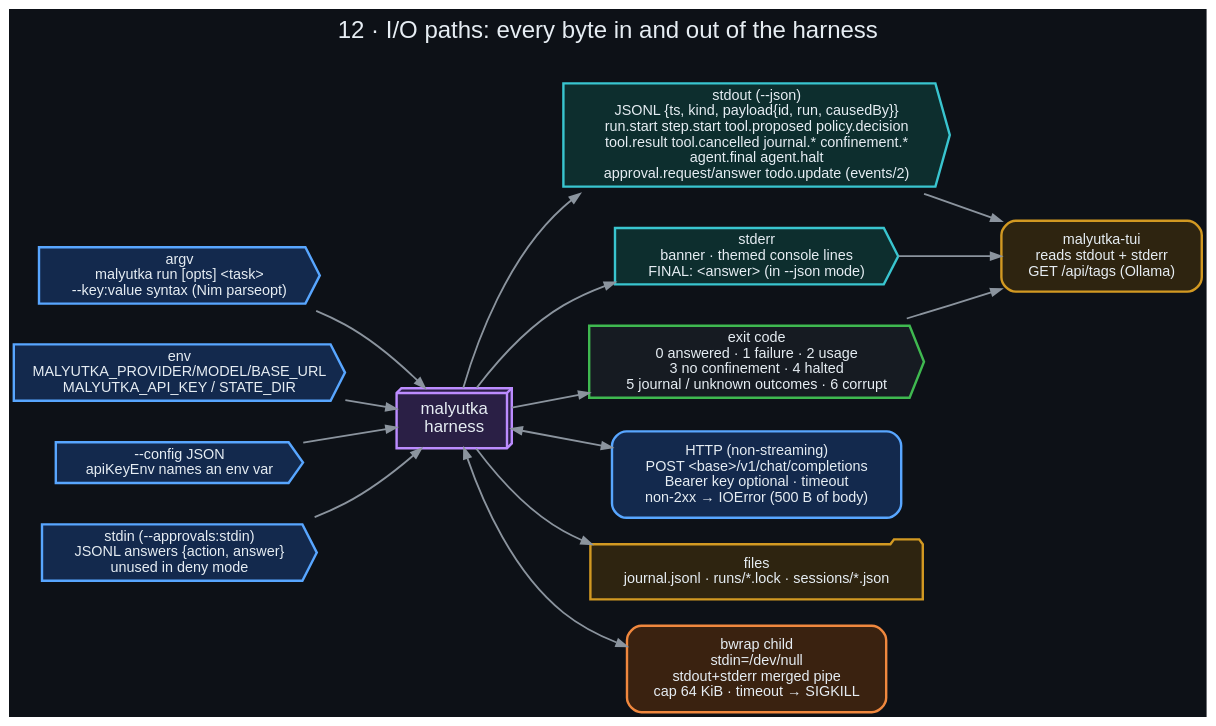
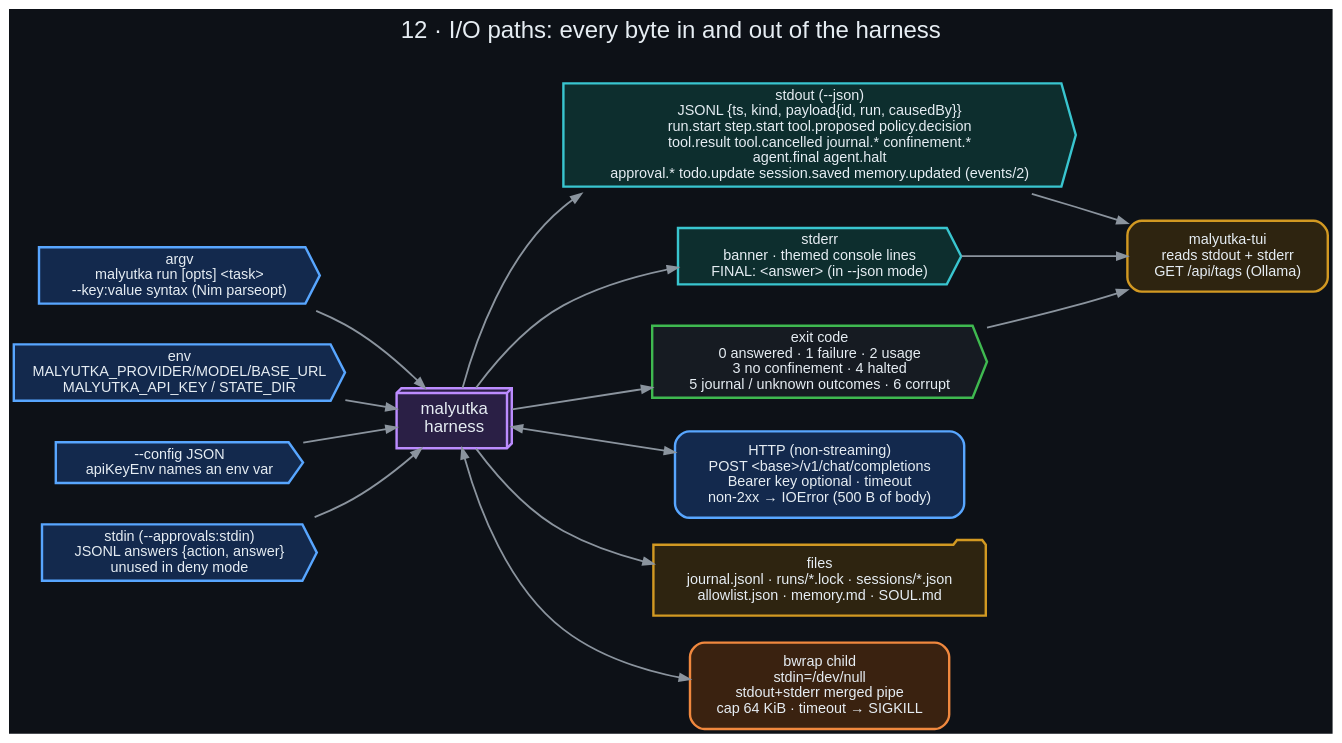
Before and after one commit to danindiana/malyutka: the diagram in docs/diagrams/12_io_paths.dot, drawn with Graphviz. The commit also changed 37 other files, not shown here.

First line of the commit message:
feat: sessions, resume, memory, SOUL.md and personalities (v0.5.0)

```diff
--- a/docs/diagrams/12_io_paths.dot
+++ b/docs/diagrams/12_io_paths.dot
@@ -1,22 +1,22 @@
 digraph io {
     graph [bgcolor="#0d1117", fontname="Helvetica", fontcolor="#e6edf3", labelloc="t", fontsize=20, rankdir=LR,
            label="12 · I/O paths: every byte in and out of the harness\n ", nodesep=0.3, ranksep=0.6];
     node  [fontname="Helvetica", fontcolor="#e6edf3", color="#30363d", style="filled,rounded", shape=box, penwidth=2, margin="0.22,0.14", fillcolor="#161b22", fontsize=12];
     edge  [color="#8b949e", fontname="Helvetica", fontcolor="#adbac7", penwidth=1.5, arrowsize=0.85, fontsize=10];
 
     argv [label="argv\nmalyutka run [opts] <task>\n--key:value syntax (Nim parseopt)", shape=cds, color="#58a6ff", fillcolor="#13294d"];
     env [label="env\nMALYUTKA_PROVIDER/MODEL/BASE_URL\nMALYUTKA_API_KEY / STATE_DIR", shape=cds, color="#58a6ff", fillcolor="#13294d"];
     cfg [label="--config JSON\napiKeyEnv names an env var", shape=cds, color="#58a6ff", fillcolor="#13294d"];
     stdin [label="stdin (--approvals:stdin)\nJSONL answers {action, answer}\nunused in deny mode", shape=cds, color="#58a6ff", fillcolor="#13294d"];
     h [label="malyutka\nharness", shape=box3d, color="#bc8cff", fillcolor="#2a1f45", fontsize=14];
-    stdout [label="stdout (--json)\nJSONL {ts, kind, payload{id, run, causedBy}}\nrun.start step.start tool.proposed policy.decision\ntool.result tool.cancelled journal.* confinement.*\nagent.final agent.halt\napproval.request/answer todo.update (events/2)", shape=cds, color="#39c5cf", fillcolor="#0d2e2e"];
+    stdout [label="stdout (--json)\nJSONL {ts, kind, payload{id, run, causedBy}}\nrun.start step.start tool.proposed policy.decision\ntool.result tool.cancelled journal.* confinement.*\nagent.final agent.halt\napproval.* todo.update session.saved memory.updated (events/2)", shape=cds, color="#39c5cf", fillcolor="#0d2e2e"];
     stderr [label="stderr\nbanner · themed console lines\nFINAL: <answer> (in --json mode)", shape=cds, color="#39c5cf", fillcolor="#0d2e2e"];
     exitc [label="exit code\n0 answered · 1 failure · 2 usage\n3 no confinement · 4 halted\n5 journal / unknown outcomes · 6 corrupt", shape=cds, color="#3fb950"];
     http [label="HTTP (non-streaming)\nPOST <base>/v1/chat/completions\nBearer key optional · timeout\nnon-2xx → IOError (500 B of body)", color="#58a6ff", fillcolor="#13294d"];
-    disk [label="files\njournal.jsonl · runs/*.lock · sessions/*.json", shape=folder, color="#d29922", fillcolor="#2e2410"];
+    disk [label="files\njournal.jsonl · runs/*.lock · sessions/*.json\nallowlist.json · memory.md · SOUL.md", shape=folder, color="#d29922", fillcolor="#2e2410"];
     child [label="bwrap child\nstdin=/dev/null\nstdout+stderr merged pipe\ncap 64 KiB · timeout → SIGKILL", color="#f0883e", fillcolor="#3a2210"];
     tui [label="malyutka-tui\nreads stdout + stderr\nGET /api/tags (Ollama)", color="#d29922", fillcolor="#2e2410"];
 
     {argv env cfg stdin} -> h; h -> {stdout stderr exitc}; h -> http [dir=both]; h -> disk; h -> child [dir=both];
     stdout -> tui; stderr -> tui; exitc -> tui;
 }
```
